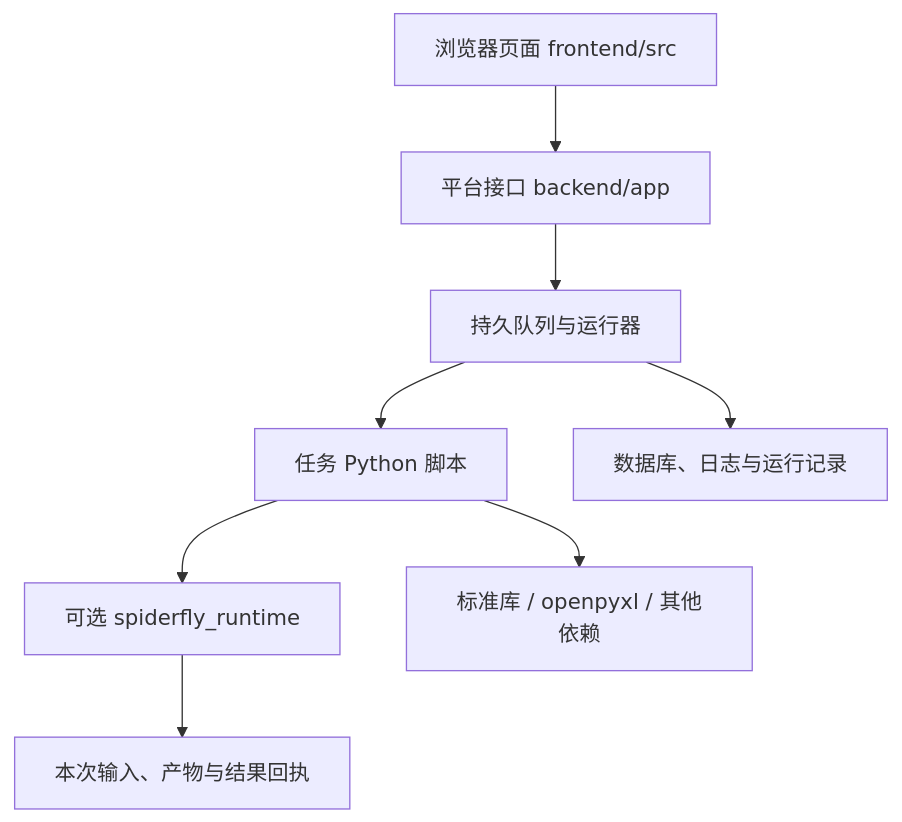
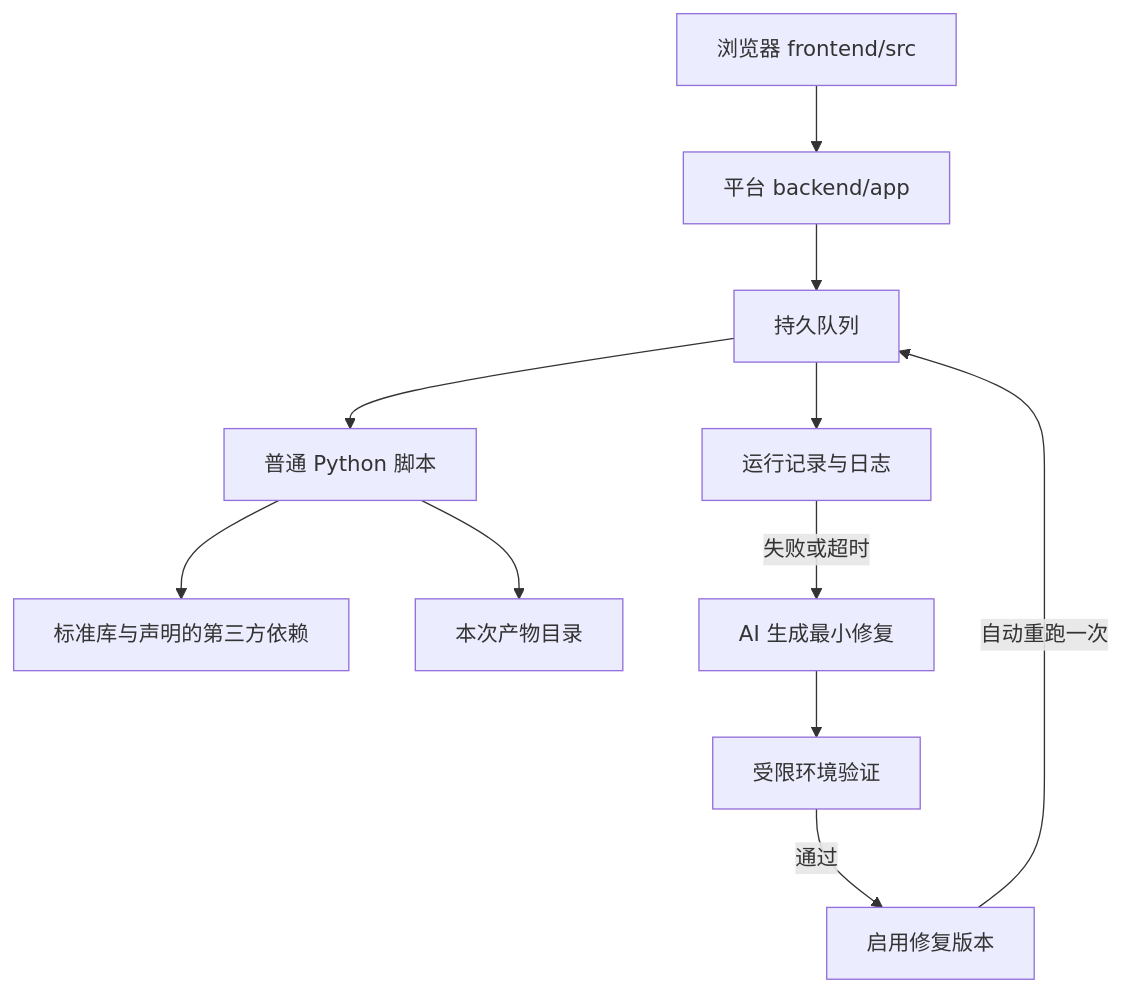
Before and after one commit to flyyang12-rgb/spiderFly: the diagram in docs/项目架构.md, drawn with Mermaid. The commit also changed other lines of this file and 80 other files, not shown here.

````diff
--- a/docs/项目架构.md
+++ b/docs/项目架构.md
@@ -7,10 +7,13 @@
 ```mermaid
 flowchart TD
-    UI[浏览器页面 frontend/src] --> API[平台接口 backend/app]
-    API --> Queue[持久队列与运行器]
-    Queue --> Script[任务 Python 脚本]
-    Script --> Helpers[可选 spiderfly_runtime]
-    Script --> Libraries[标准库 / openpyxl / 其他依赖]
-    Helpers --> Files[本次输入、产物与结果回执]
-    Queue --> History[数据库、日志与运行记录]
+    UI[浏览器 frontend/src] --> API[平台 backend/app]
+    API --> Queue[持久队列]
+    Queue --> Script[普通 Python 脚本]
+    Script --> Libraries[标准库与声明的第三方依赖]
+    Script --> Output[本次产物目录]
+    Queue --> History[运行记录与日志]
+    History -->|失败或超时| AI[AI 生成最小修复]
+    AI --> Verify[受限环境验证]
+    Verify -->|通过| Version[启用修复版本]
+    Version -->|自动重跑一次| Queue
 ```
````
